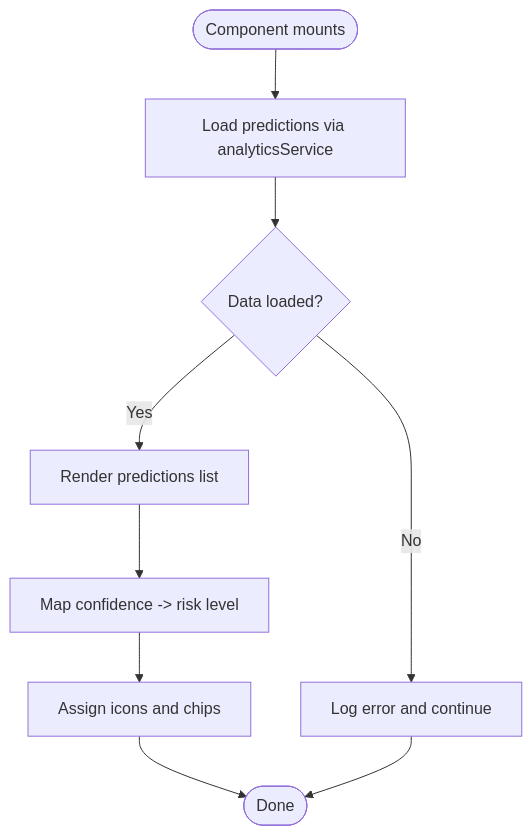
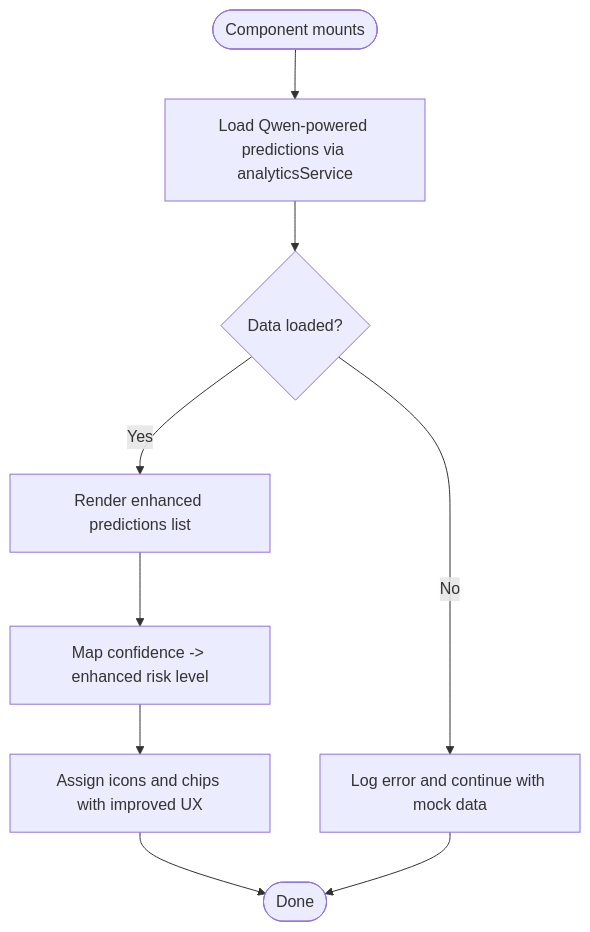
The fourth of 8 diagrams in .qoder/repowiki/en/content/Core Features/AI Assistant.md (cacamarica/dashboard-ai), drawn with Mermaid before and after one commit. The commit also changed other lines of this file and 14 other files, not shown here.

````diff
--- a/.qoder/repowiki/en/content/Core Features/AI Assistant.md
+++ b/.qoder/repowiki/en/content/Core Features/AI Assistant.md
@@ -182,11 +191,11 @@
 ```mermaid
 flowchart TD
-Mount(["Component mounts"]) --> Load["Load predictions via analyticsService"]
+Mount(["Component mounts"]) --> Load["Load Qwen-powered predictions via analyticsService"]
 Load --> Success{"Data loaded?"}
-Success --> |Yes| Render["Render predictions list"]
-Success --> |No| Error["Log error and continue"]
-Render --> Risk["Map confidence -> risk level"]
-Risk --> Icons["Assign icons and chips"]
+Success --> |Yes| Render["Render enhanced predictions list"]
+Success --> |No| Error["Log error and continue with mock data"]
+Render --> Risk["Map confidence -> enhanced risk level"]
+Risk --> Icons["Assign icons and chips with improved UX"]
 Icons --> Done(["Done"])
 Error --> Done
 ```
````
